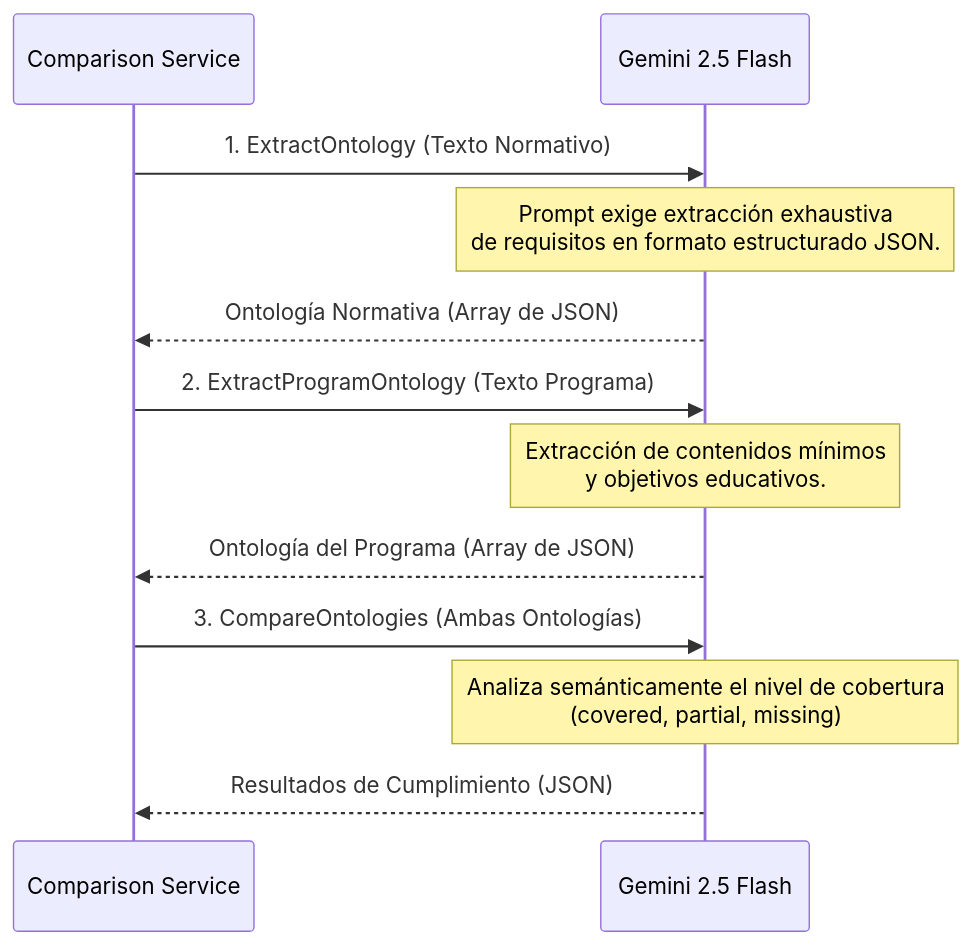
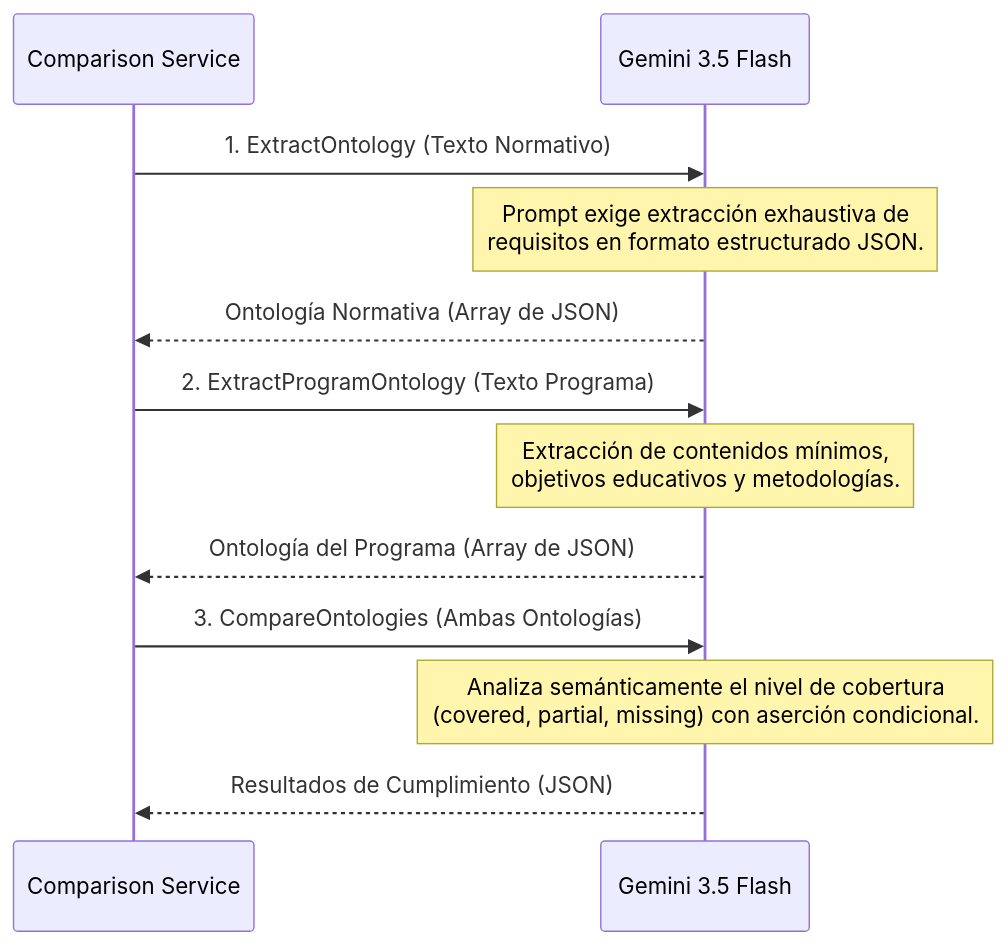
Before and after one commit to dracero/grafo-test: the second of 7 diagrams in README.md, drawn with Mermaid. The commit also changed other lines of this file and 27 other files, not shown here.

````diff
--- a/README.md
+++ b/README.md
@@ -44,17 +44,17 @@
 ```mermaid
 sequenceDiagram
     participant App as Comparison Service
-    participant LLM as Gemini 2.5 Flash
+    participant LLM as Gemini 3.5 Flash
     
     App->>LLM: 1. ExtractOntology (Texto Normativo)
-    Note over LLM: Prompt exige extracción exhaustiva<br/>de requisitos en formato estructurado JSON.
+    Note over LLM: Prompt exige extracción exhaustiva de<br/>requisitos en formato estructurado JSON.
     LLM-->>App: Ontología Normativa (Array de JSON)
     
     App->>LLM: 2. ExtractProgramOntology (Texto Programa)
-    Note over LLM: Extracción de contenidos mínimos<br/>y objetivos educativos.
+    Note over LLM: Extracción de contenidos mínimos,<br/>objetivos educativos y metodologías.
     LLM-->>App: Ontología del Programa (Array de JSON)
     
     App->>LLM: 3. CompareOntologies (Ambas Ontologías)
-    Note over LLM: Analiza semánticamente el nivel de cobertura<br/>(covered, partial, missing)
+    Note over LLM: Analiza semánticamente el nivel de cobertura<br/>(covered, partial, missing) con aserción condicional.
     LLM-->>App: Resultados de Cumplimiento (JSON)
 ```
````
